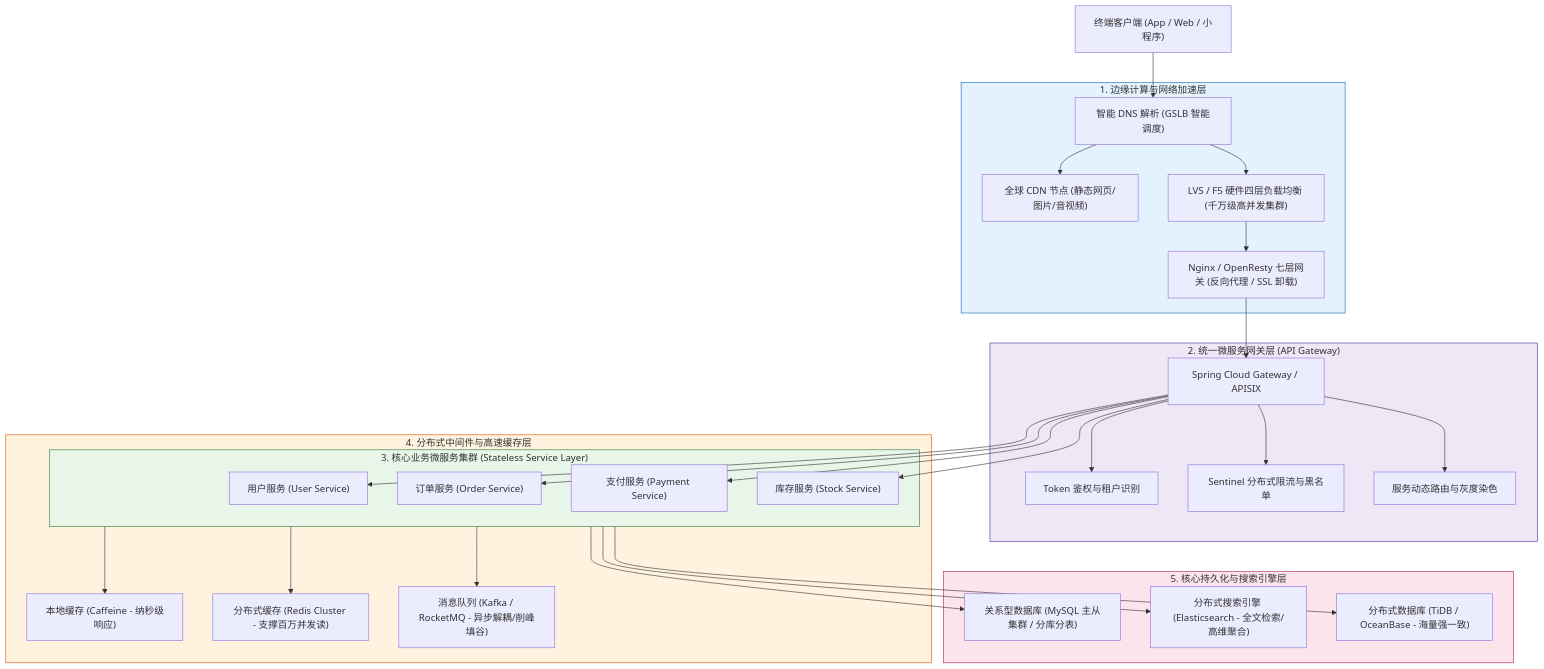
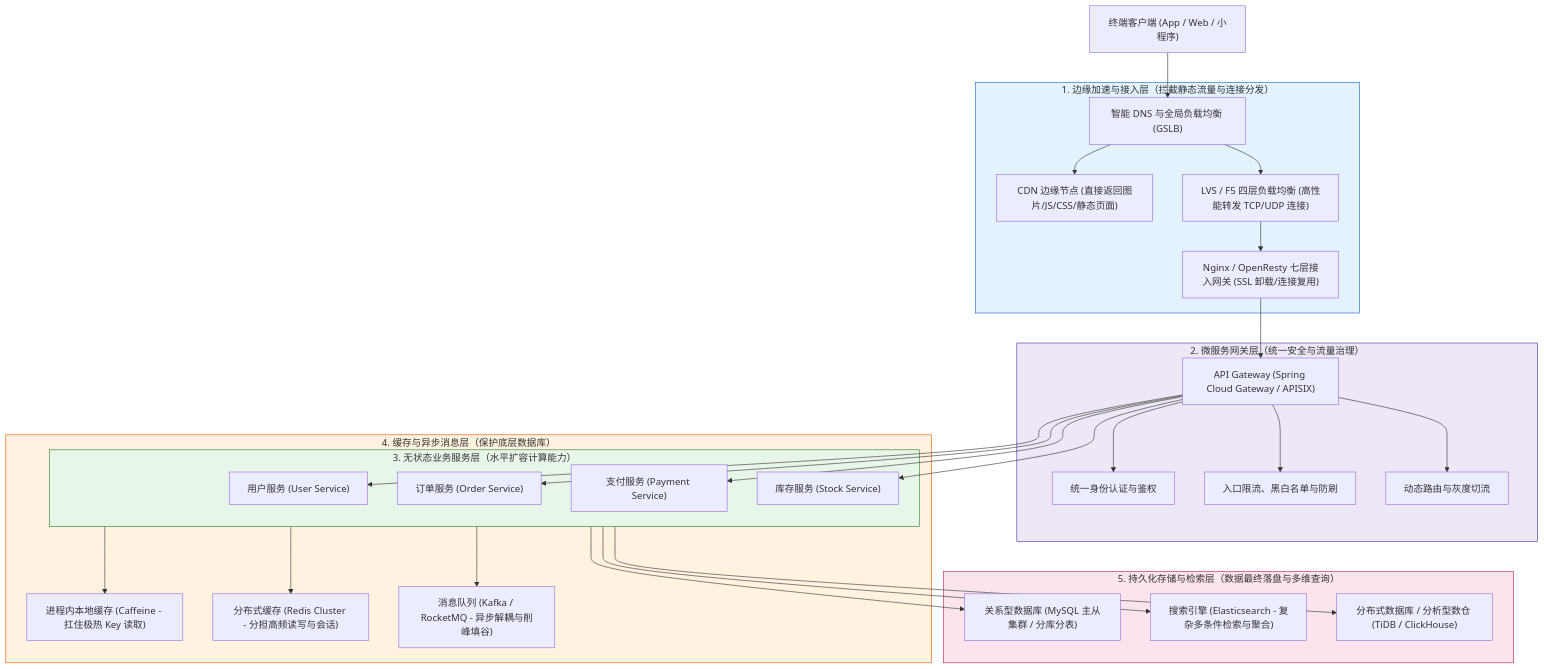
Before and after one commit to GuoWWWX/knowledge-base: the second of 4 diagrams in 20-Java后端/08-系统设计/00-系统设计全景与心智模型.md, drawn with Mermaid. The commit also changed other lines of this file and 251 other files, not shown here.

````diff
--- a/20-Java后端/08-系统设计/00-系统设计全景与心智模型.md
+++ b/20-Java后端/08-系统设计/00-系统设计全景与心智模型.md
@@ -80,42 +118,42 @@
 ```mermaid
 flowchart TD
-    Client["终端客户端 (App / Web / 小程序)"] --> DNS["智能 DNS 解析 (GSLB 智能调度)"]
-    
-    subgraph Edge["1. 边缘计算与网络加速层"]
-        DNS --> CDN["全球 CDN 节点 (静态网页/图片/音视频)"]
-        DNS --> LVS["LVS / F5 硬件四层负载均衡 (千万级高并发集群)"]
-        LVS --> Nginx["Nginx / OpenResty 七层网关 (反向代理 / SSL 卸载)"]
+    Client["终端客户端 (App / Web / 小程序)"] --> DNS["智能 DNS 与全局负载均衡 (GSLB)"]
+
+    subgraph Edge["1. 边缘加速与接入层（拦截静态流量与连接分发）"]
+        DNS --> CDN["CDN 边缘节点 (直接返回图片/JS/CSS/静态页面)"]
+        DNS --> LVS["LVS / F5 四层负载均衡 (高性能转发 TCP/UDP 连接)"]
+        LVS --> Nginx["Nginx / OpenResty 七层接入网关 (SSL 卸载/连接复用)"]
     end
 
-    subgraph Gateway["2. 统一微服务网关层 (API Gateway)"]
-        Nginx --> SCG["Spring Cloud Gateway / APISIX"]
-        SCG --> G_Auth["Token 鉴权与租户识别"]
-        SCG --> G_Limit["Sentinel 分布式限流与黑名单"]
-        SCG --> G_Route["服务动态路由与灰度染色"]
+    subgraph Gateway["2. 微服务网关层（统一安全与流量治理）"]
+        Nginx --> SCG["API Gateway (Spring Cloud Gateway / APISIX)"]
+        SCG --> G_Auth["统一身份认证与鉴权"]
+        SCG --> G_Limit["入口限流、黑白名单与防刷"]
+        SCG --> G_Route["动态路由与灰度切流"]
     end
 
-    subgraph Services["3. 核心业务微服务集群 (Stateless Service Layer)"]
+    subgraph Services["3. 无状态业务服务层（水平扩容计算能力）"]
         SCG --> UserSvc["用户服务 (User Service)"]
         SCG --> OrderSvc["订单服务 (Order Service)"]
         SCG --> PaySvc["支付服务 (Payment Service)"]
         SCG --> StockSvc["库存服务 (Stock Service)"]
     end
 
-    subgraph Middleware["4. 分布式中间件与高速缓存层"]
-        Services --> LocalCache["本地缓存 (Caffeine - 纳秒级响应)"]
-        Services --> Redis["分布式缓存 (Redis Cluster - 支撑百万并发读)"]
-        Services --> MQ["消息队列 (Kafka / RocketMQ - 异步解耦/削峰填谷)"]
+    subgraph Middleware["4. 缓存与异步消息层（保护底层数据库）"]
+        Services --> LocalCache["进程内本地缓存 (Caffeine - 扛住极热 Key 读取)"]
+        Services --> Redis["分布式缓存 (Redis Cluster - 分担高频读写与会话)"]
+        Services --> MQ["消息队列 (Kafka / RocketMQ - 异步解耦与削峰填谷)"]
     end
 
-    subgraph Storage["5. 核心持久化与搜索引擎层"]
+    subgraph Storage["5. 持久化存储与检索层（数据最终落盘与多维查询）"]
         Services --> MySQL["关系型数据库 (MySQL 主从集群 / 分库分表)"]
-        Services --> ES["分布式搜索引擎 (Elasticsearch - 全文检索/高维聚合)"]
-        Services --> TiDB["分布式数据库 (TiDB / OceanBase - 海量强一致)"]
+        Services --> ES["搜索引擎 (Elasticsearch - 复杂多条件检索与聚合)"]
+        Services --> TiDB["分布式数据库 / 分析型数仓 (TiDB / ClickHouse)"]
     end
 
     style Edge fill:#e3f2fd,stroke:#1565c0,stroke-width:1px
     style Gateway fill:#ede7f6,stroke:#512da8,stroke-width:1px
     style Services fill:#e8f5e9,stroke:#2e7d32,stroke-width:1px
     style Middleware fill:#fff3e0,stroke:#e65100,stroke-width:1px
     style Storage fill:#fce4ec,stroke:#c2185b,stroke-width:1px
 ```
````
